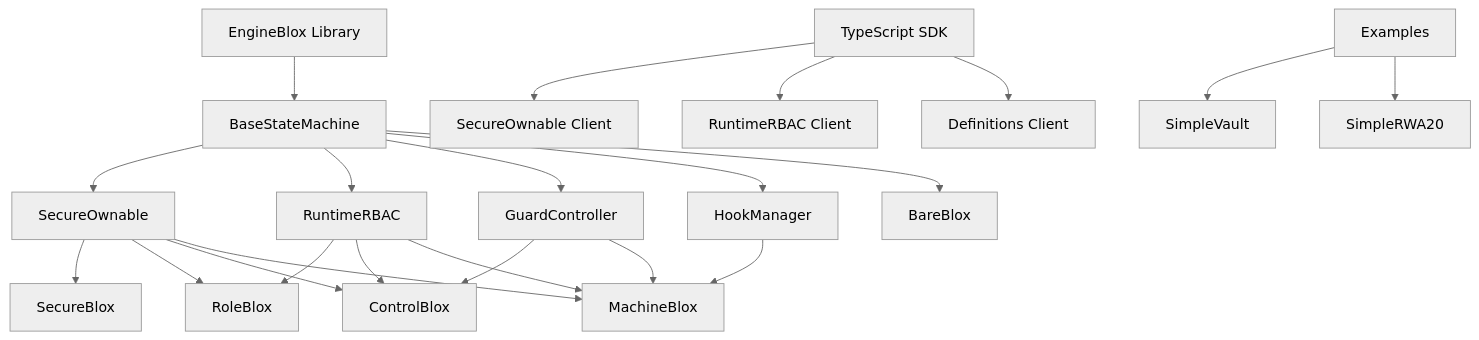
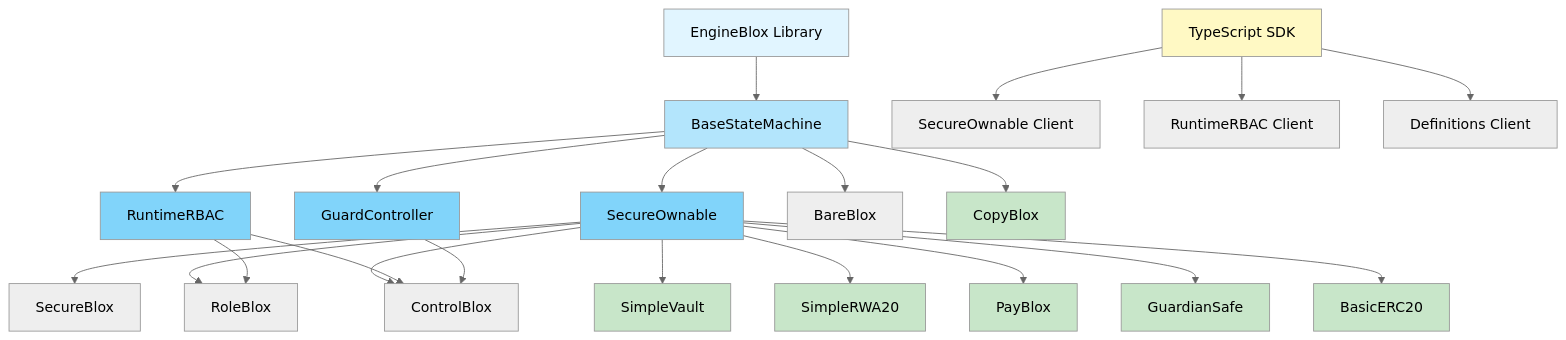
Before and after one commit to PracticalParticle/Bloxchain-Protocol: the diagram in README.md, drawn with Mermaid (neutral theme). The commit also changed other lines of this file, not shown here.

````diff
--- a/README.md
+++ b/README.md
@@ -34,27 +35,39 @@
 ```mermaid
 graph TB
     A[EngineBlox Library] --> B[BaseStateMachine]
     B --> C[SecureOwnable]
     B --> D[RuntimeRBAC]
     B --> E[GuardController]
-    B --> F[HookManager]
     
+    B --> K[BareBlox]
     C --> G[SecureBlox]
-    D --> H[RoleBlox]
-    C --> H
-    E --> I[ControlBlox]
+    C --> H[RoleBlox]
+    D --> H
+    C --> I[ControlBlox]
     D --> I
-    C --> I
-    E --> J[MachineBlox]
-    D --> J
-    C --> J
-    F --> J
-    B --> K[BareBlox]
+    E --> I
     
     L[TypeScript SDK] --> M[SecureOwnable Client]
     L --> N[RuntimeRBAC Client]
     L --> O[Definitions Client]
     
-    P[Examples] --> Q[SimpleVault]
-    P --> R[SimpleRWA20]
+    C --> P1[SimpleVault]
+    C --> P2[SimpleRWA20]
+    C --> P3[PayBlox]
+    C --> P4[GuardianSafe]
+    B --> P5[CopyBlox]
+    C --> P6[BasicERC20]
+    
+    style A fill:#e1f5ff
+    style B fill:#b3e5fc
+    style C fill:#81d4fa
+    style D fill:#81d4fa
+    style E fill:#81d4fa
+    style L fill:#fff9c4
+    style P1 fill:#c8e6c9
+    style P2 fill:#c8e6c9
+    style P3 fill:#c8e6c9
+    style P4 fill:#c8e6c9
+    style P5 fill:#c8e6c9
+    style P6 fill:#c8e6c9
 ```
````
